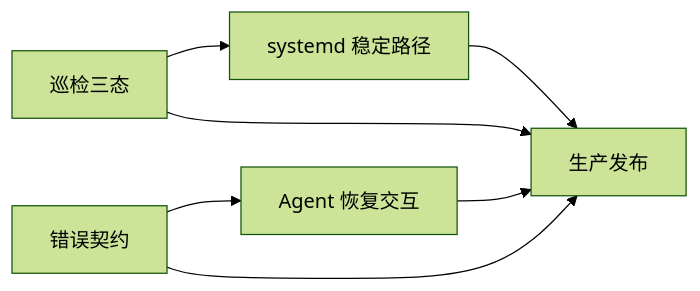
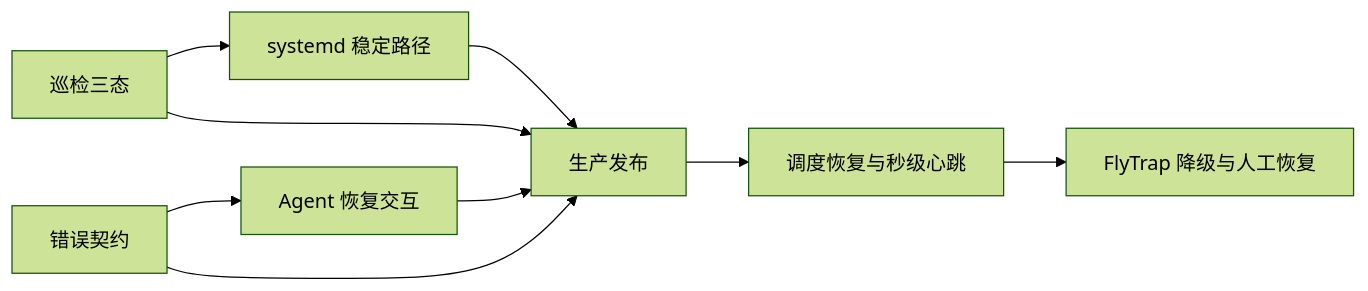
The diagram in docs/生产韧性与人机协同/TASK_生产韧性与人机协同.md (OUTLElijiadong/llm-agent-code-review), drawn with Mermaid (forest theme) before and after one commit. The commit also changed other lines of this file and 7 other files, not shown here.

````diff
--- a/docs/生产韧性与人机协同/TASK_生产韧性与人机协同.md
+++ b/docs/生产韧性与人机协同/TASK_生产韧性与人机协同.md
@@ -15,9 +17,11 @@
 ```mermaid
 flowchart LR
   T1[巡检三态] --> T4[systemd 稳定路径]
   T2[错误契约] --> T3[Agent 恢复交互]
   T1 --> T5[生产发布]
   T2 --> T5
   T3 --> T5
   T4 --> T5
+  T5 --> T6[调度恢复与秒级心跳]
+  T6 --> T7[FlyTrap 降级与人工恢复]
 ```
````
